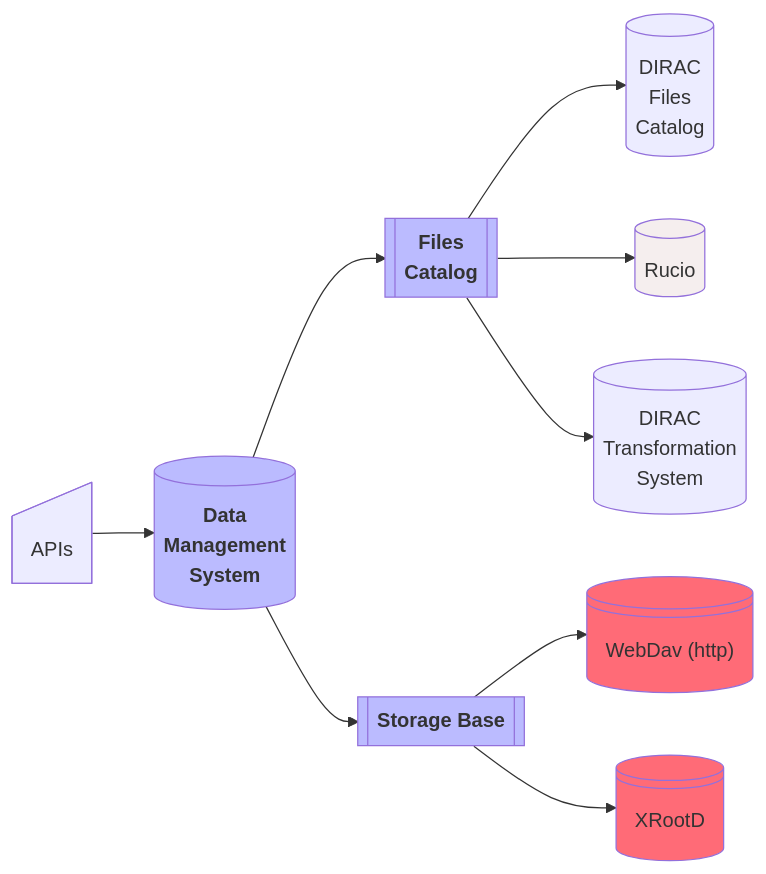
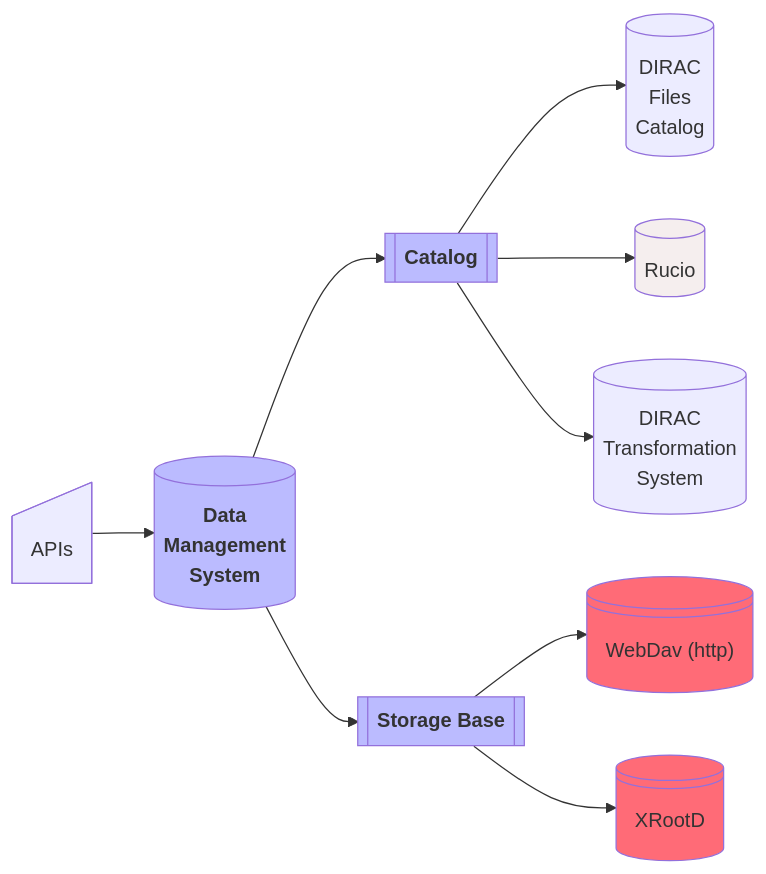
Before and after one commit to Soap2G/atlas-opendata-infrastructure: the third of 7 diagrams in slides.md, drawn with Mermaid. The commit also changed other lines of this file, not shown here.

````diff
--- a/slides.md
+++ b/slides.md
@@ -263,36 +263,35 @@
 ```mermaid
 %%{init: { 'theme': 'default' }}%%
 flowchart LR;
 A@{ shape: sl-rect, label: "APIs" }
 DMS[("`**Data
 Management
 System**`")]
 style DMS fill:#bbf
-FC[["`**Files
-Catalog**`"]]
+FC[["`**Catalog**`"]]
 style FC fill:#bbf
 StorageBase[["`**Storage Base**`"]]
 style StorageBase fill:#bbf
 DFC[("`DIRAC
 Files
 Catalog`")]
 Rucio[("Rucio")]
 style Rucio fill:#6001
 TS[("`DIRAC
 Transformation
 System`")]
 WebDav@{ shape: lin-cyl, label: "WebDav (http)" }
 XRootD@{ shape: lin-cyl, label: "XRootD" }
 
 style WebDav fill:#F23A
 style XRootD fill:#F23A
 
 A-->DMS
 DMS-->FC
 DMS-->StorageBase
 FC-->DFC
 FC-->Rucio
 FC-->TS
 StorageBase-->WebDav
 StorageBase-->XRootD
 ```
````
